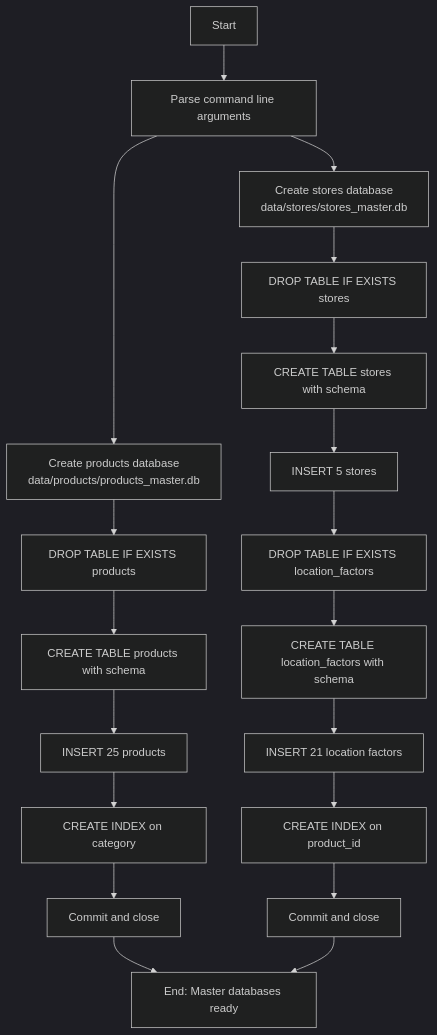
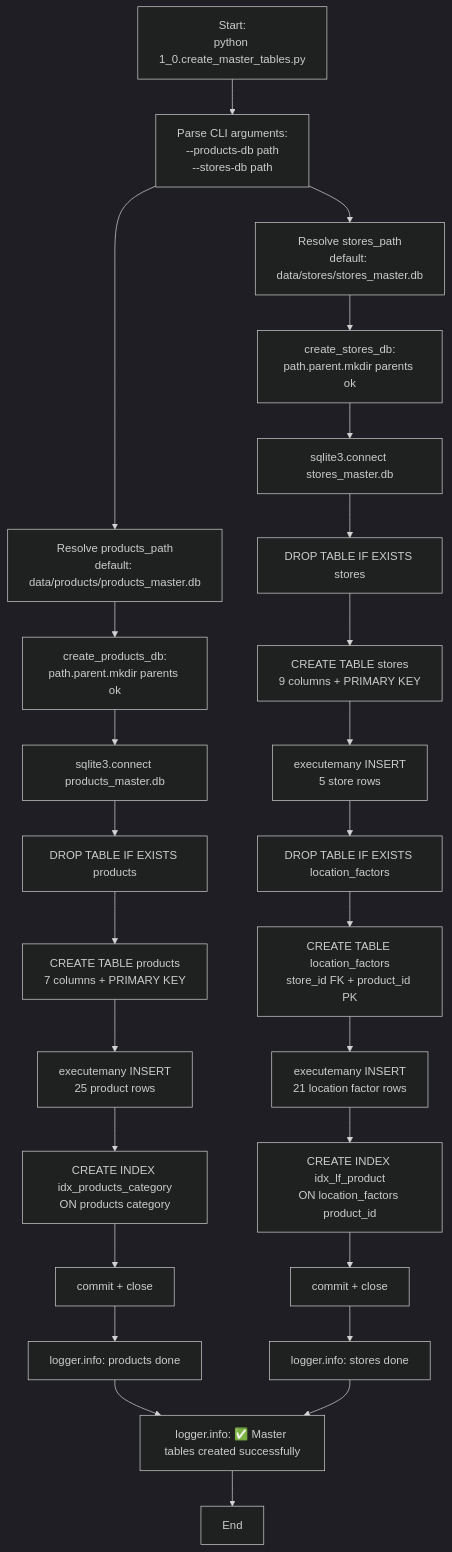
One commit to adroguetth/Sales-Monitoring-Engine changed the first of 4 diagrams in Documentation_EN/1_0.master_tables_generator.md. Above: the diagram before and after it, drawn with Mermaid (dark theme). The commit also changed other lines of this file, not shown here.

````diff
--- a/Documentation_EN/1_0.master_tables_generator.md
+++ b/Documentation_EN/1_0.master_tables_generator.md
@@ -44,23 +49,32 @@
 ```mermaid
 flowchart TD
-    A[Start] --> B[Parse command line arguments]
-    B --> C[Create products database<br>data/products/products_master.db]
-    B --> D[Create stores database<br>data/stores/stores_master.db]
-    
-    C --> E[DROP TABLE IF EXISTS products]
-    E --> F[CREATE TABLE products with schema]
-    F --> G[INSERT 25 products]
-    G --> H[CREATE INDEX on category]
-    H --> I[Commit and close]
-    
-    D --> J[DROP TABLE IF EXISTS stores]
-    J --> K[CREATE TABLE stores with schema]
-    K --> L[INSERT 5 stores]
-    L --> M[DROP TABLE IF EXISTS location_factors]
-    M --> N[CREATE TABLE location_factors with schema]
-    N --> O[INSERT 21 location factors]
-    O --> P[CREATE INDEX on product_id]
-    P --> Q[Commit and close]
-    
-    I & Q --> R[End: Master databases ready]
+    A[Start:\npython 1_0.create_master_tables.py] --> B[Parse CLI arguments:\n--products-db path\n--stores-db path]
+
+    B --> B1[Resolve products_path\ndefault: data/products/products_master.db]
+    B --> B2[Resolve stores_path\ndefault: data/stores/stores_master.db]
+
+    B1 --> C[create_products_db:\npath.parent.mkdir parents ok]
+    B2 --> D[create_stores_db:\npath.parent.mkdir parents ok]
+
+    C --> C1[sqlite3.connect products_master.db]
+    C1 --> C2[DROP TABLE IF EXISTS products]
+    C2 --> C3[CREATE TABLE products\n7 columns + PRIMARY KEY]
+    C3 --> C4[executemany INSERT\n25 product rows]
+    C4 --> C5[CREATE INDEX idx_products_category\nON products category]
+    C5 --> C6[commit + close]
+
+    D --> D1[sqlite3.connect stores_master.db]
+    D1 --> D2[DROP TABLE IF EXISTS stores]
+    D2 --> D3[CREATE TABLE stores\n9 columns + PRIMARY KEY]
+    D3 --> D4[executemany INSERT\n5 store rows]
+    D4 --> D5[DROP TABLE IF EXISTS location_factors]
+    D5 --> D6[CREATE TABLE location_factors\nstore_id FK + product_id PK]
+    D6 --> D7[executemany INSERT\n21 location factor rows]
+    D7 --> D8[CREATE INDEX idx_lf_product\nON location_factors product_id]
+    D8 --> D9[commit + close]
+
+    C6 --> E[logger.info: products done]
+    D9 --> F[logger.info: stores done]
+    E & F --> G[logger.info: ✅ Master tables created successfully]
+    G --> H[End]
 ```
````
